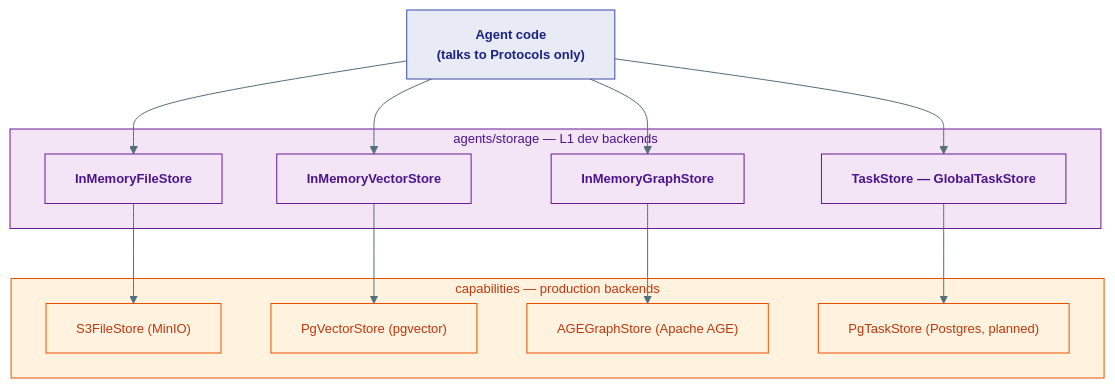
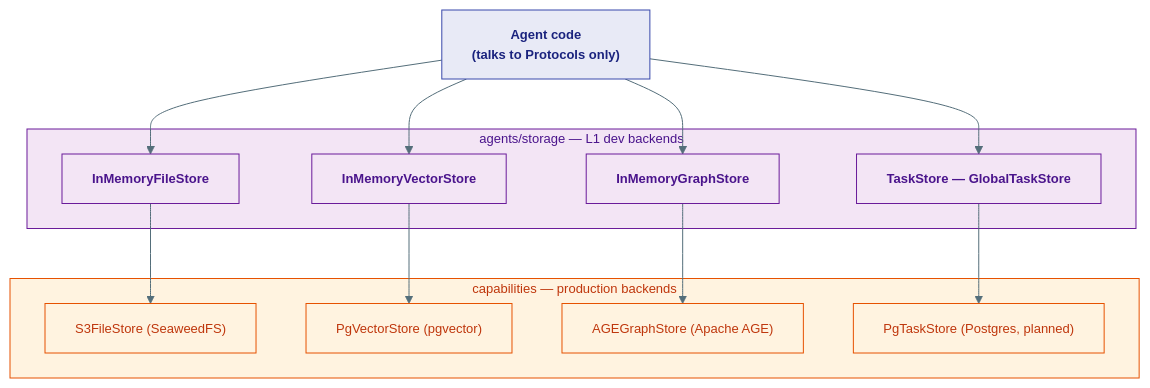
One commit to Ravikumarchavva/agent-substrate changed the fifth of 5 diagrams in agents/agent-substrate/docs/agents/03-context-and-memory.md. Above: the diagram before and after it, drawn with Mermaid. The commit also changed other lines of this file and 21 other files, not shown here.

First line of the commit message:
Remove MinIO dependency; adopt SeaweedFS as the default S3-compatible store

````diff
--- a/agents/agent-substrate/docs/agents/03-context-and-memory.md
+++ b/agents/agent-substrate/docs/agents/03-context-and-memory.md
@@ -339,31 +339,31 @@
 ```mermaid
 %%{init: {'theme': 'base', 'themeVariables': {'primaryColor': '#E8EAF6','primaryTextColor': '#1A237E','primaryBorderColor': '#3949AB','lineColor': '#546E7A','fontSize': '13px'}}}%%
 flowchart TB
     classDef agent fill:#E8EAF6,stroke:#3949AB,color:#1A237E,font-weight:bold
     classDef store fill:#F3E5F5,stroke:#6A1B9A,color:#4A148C,font-weight:bold
     classDef external fill:#FFF3E0,stroke:#E65100,color:#BF360C
 
     AG["Agent code<br/>(talks to Protocols only)"]:::agent
 
     subgraph L1["agents/storage — L1 dev backends"]
         FS["InMemoryFileStore"]:::store
         VS["InMemoryVectorStore"]:::store
         GS["InMemoryGraphStore"]:::store
         TS["TaskStore — GlobalTaskStore"]:::store
     end
 
     subgraph L2["capabilities — production backends"]
-        P1["S3FileStore (MinIO)"]:::external
+        P1["S3FileStore (SeaweedFS)"]:::external
         P2["PgVectorStore (pgvector)"]:::external
         P3["AGEGraphStore (Apache AGE)"]:::external
         P4["PgTaskStore (Postgres, planned)"]:::external
     end
 
     style L1 fill:#f3e5f5,stroke:#6a1b9a,color:#4a148c
     style L2 fill:#fff3e0,stroke:#e65100,color:#bf360c
 
     AG --> FS --> P1
     AG --> VS --> P2
     AG --> GS --> P3
     AG --> TS --> P4
 ```
````
